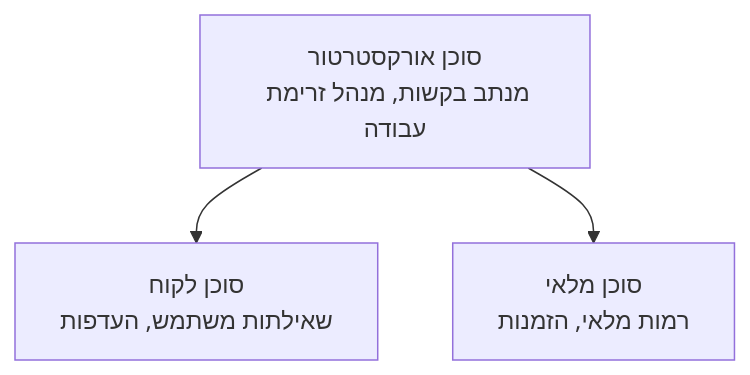
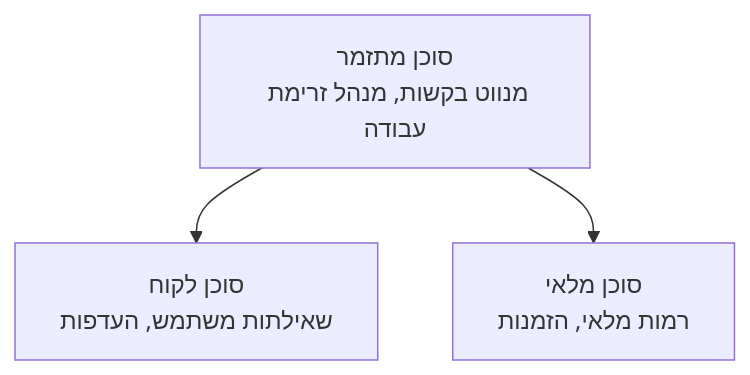
One commit to microsoft/AZD-for-beginners changed the diagram in translations/he/docs/chapter-05-multi-agent/README.md. Above: the diagram before and after it, drawn with Mermaid. The commit also changed other lines of this file and 104 other files, not shown here.

````diff
--- a/translations/he/docs/chapter-05-multi-agent/README.md
+++ b/translations/he/docs/chapter-05-multi-agent/README.md
@@ -52,5 +54,5 @@
 ```mermaid
 graph TD
-    Orchestrator[סוכן אורקסטרטור<br/>מנתב בקשות, מנהל זרימת עבודה] --> Customer[סוכן לקוח<br/>שאילתות משתמש, העדפות]
+    Orchestrator[סוכן מתזמר<br/>מנווט בקשות, מנהל זרימת עבודה] --> Customer[סוכן לקוח<br/>שאילתות משתמש, העדפות]
     Orchestrator --> Inventory[סוכן מלאי<br/>רמות מלאי, הזמנות]
 ```
````
